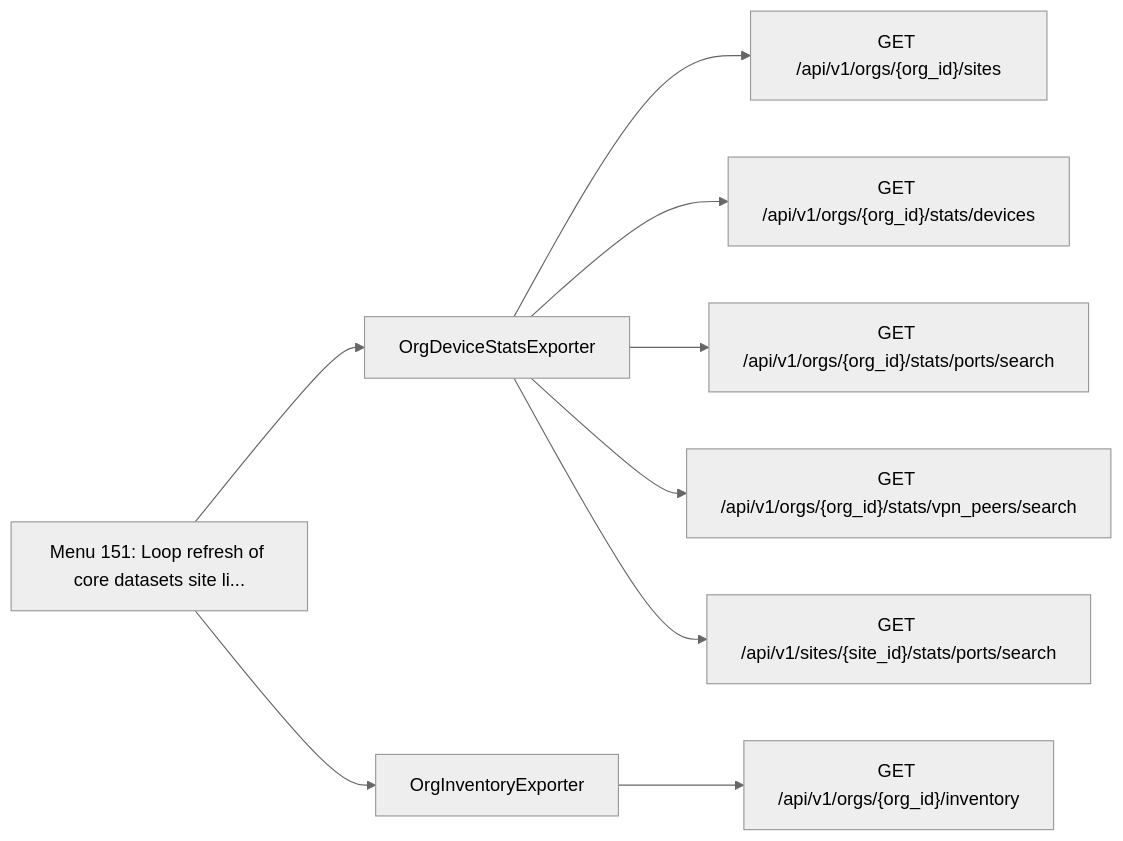
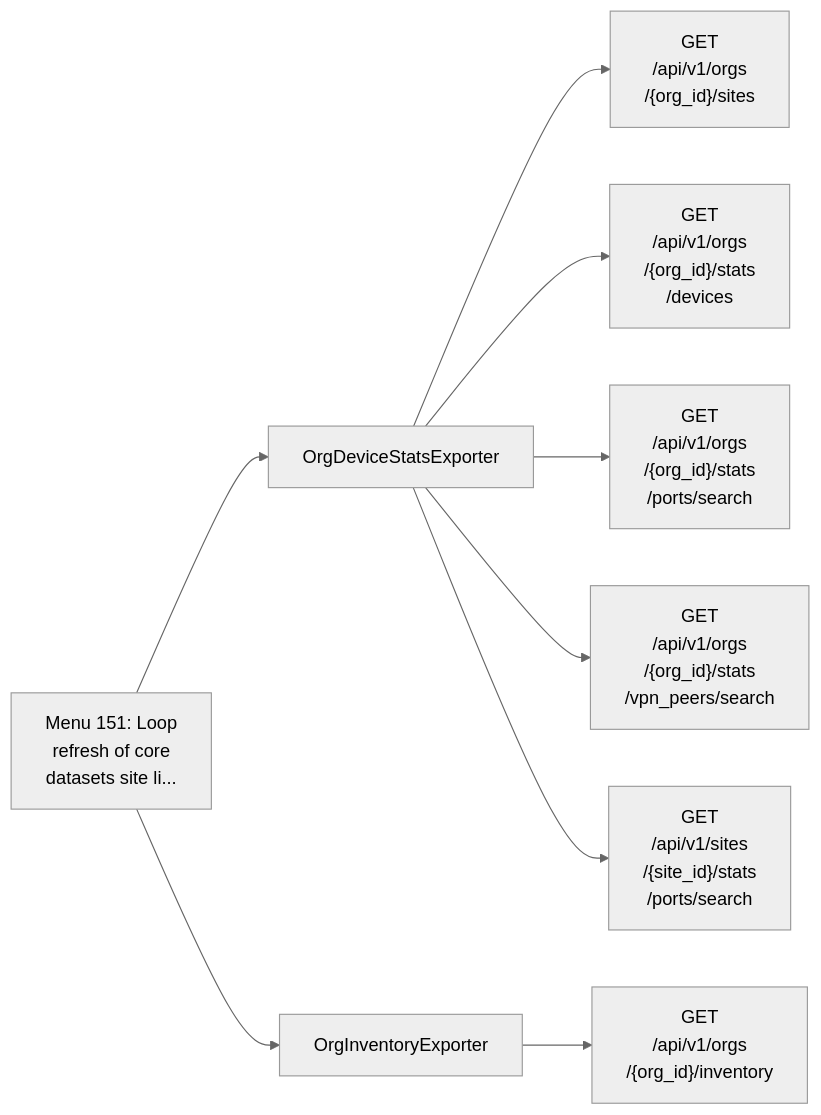
Before and after one commit to jmorrison-juniper/MistHelper: the second of 2 diagrams in documentation/menu-api/continuous-loop.md, drawn with Mermaid (neutral theme). The commit also changed other lines of this file and 19 other files, not shown here.

First line of the commit message:
docs(menu-api): fit the Mermaid diagrams to the wiki column

````diff
--- a/documentation/menu-api/continuous-loop.md
+++ b/documentation/menu-api/continuous-loop.md
@@ -36,12 +33,12 @@
 ```mermaid
 flowchart LR
-    menu["Menu 151: Loop refresh of core datasets site li..."]
+    menu["Menu 151: Loop<br/>refresh of core<br/>datasets site li..."]
     menu --> c1["OrgDeviceStatsExporter"]
-    c1 --> e1["GET /api/v1/orgs/{org_id}/sites"]
-    c1 --> e2["GET /api/v1/orgs/{org_id}/stats/devices"]
-    c1 --> e3["GET /api/v1/orgs/{org_id}/stats/ports/search"]
-    c1 --> e4["GET /api/v1/orgs/{org_id}/stats/vpn_peers/search"]
-    c1 --> e5["GET /api/v1/sites/{site_id}/stats/ports/search"]
+    c1 --> e1["GET<br/>/api/v1/orgs<br/>/{org_id}/sites"]
+    c1 --> e2["GET<br/>/api/v1/orgs<br/>/{org_id}/stats<br/>/devices"]
+    c1 --> e3["GET<br/>/api/v1/orgs<br/>/{org_id}/stats<br/>/ports/search"]
+    c1 --> e4["GET<br/>/api/v1/orgs<br/>/{org_id}/stats<br/>/vpn_peers/search"]
+    c1 --> e5["GET<br/>/api/v1/sites<br/>/{site_id}/stats<br/>/ports/search"]
     menu --> c2["OrgInventoryExporter"]
-    c2 --> e6["GET /api/v1/orgs/{org_id}/inventory"]
+    c2 --> e6["GET<br/>/api/v1/orgs<br/>/{org_id}/inventory"]
 ```
````
